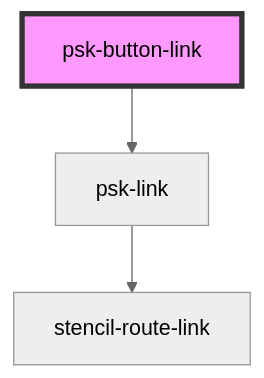
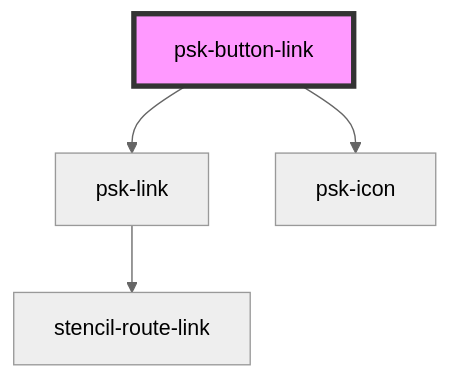
The diagram in src/components/psk-button-link/readme.md (webcardinal/cardinal-core), drawn with Mermaid (neutral theme) before and after one commit. The commit also changed other lines of this file and 121 other files, not shown here.

````diff
--- a/src/components/psk-button-link/readme.md
+++ b/src/components/psk-button-link/readme.md
@@ -27,6 +28,7 @@
 ```mermaid
 graph TD;
   psk-button-link --> psk-link
+  psk-button-link --> psk-icon
   psk-link --> stencil-route-link
   style psk-button-link fill:#f9f,stroke:#333,stroke-width:4px
 ```
````
